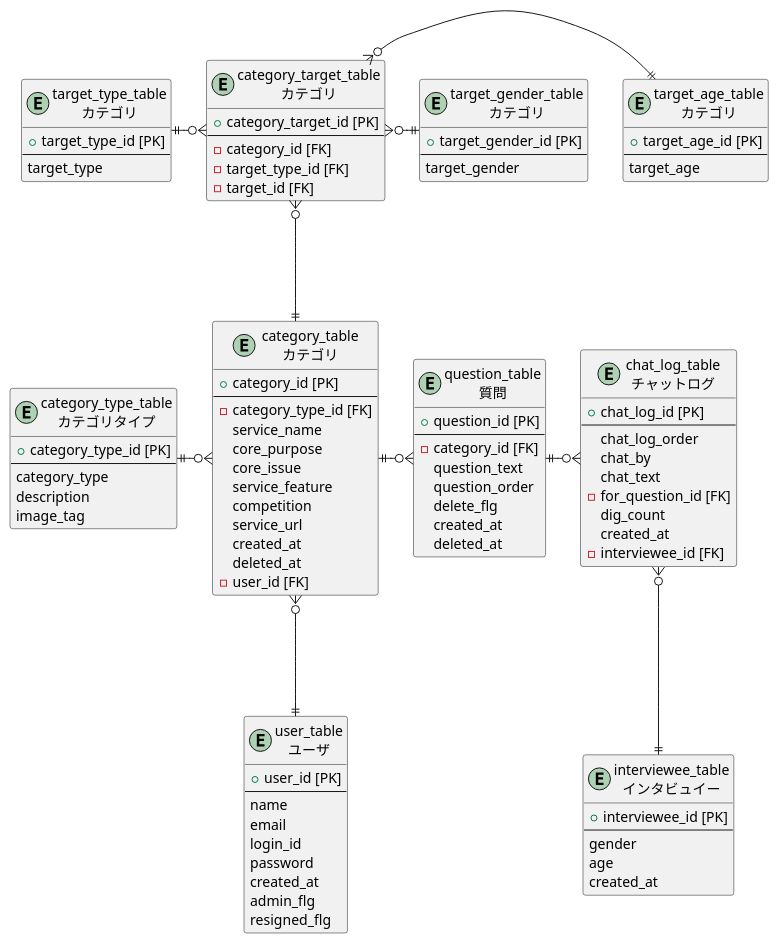
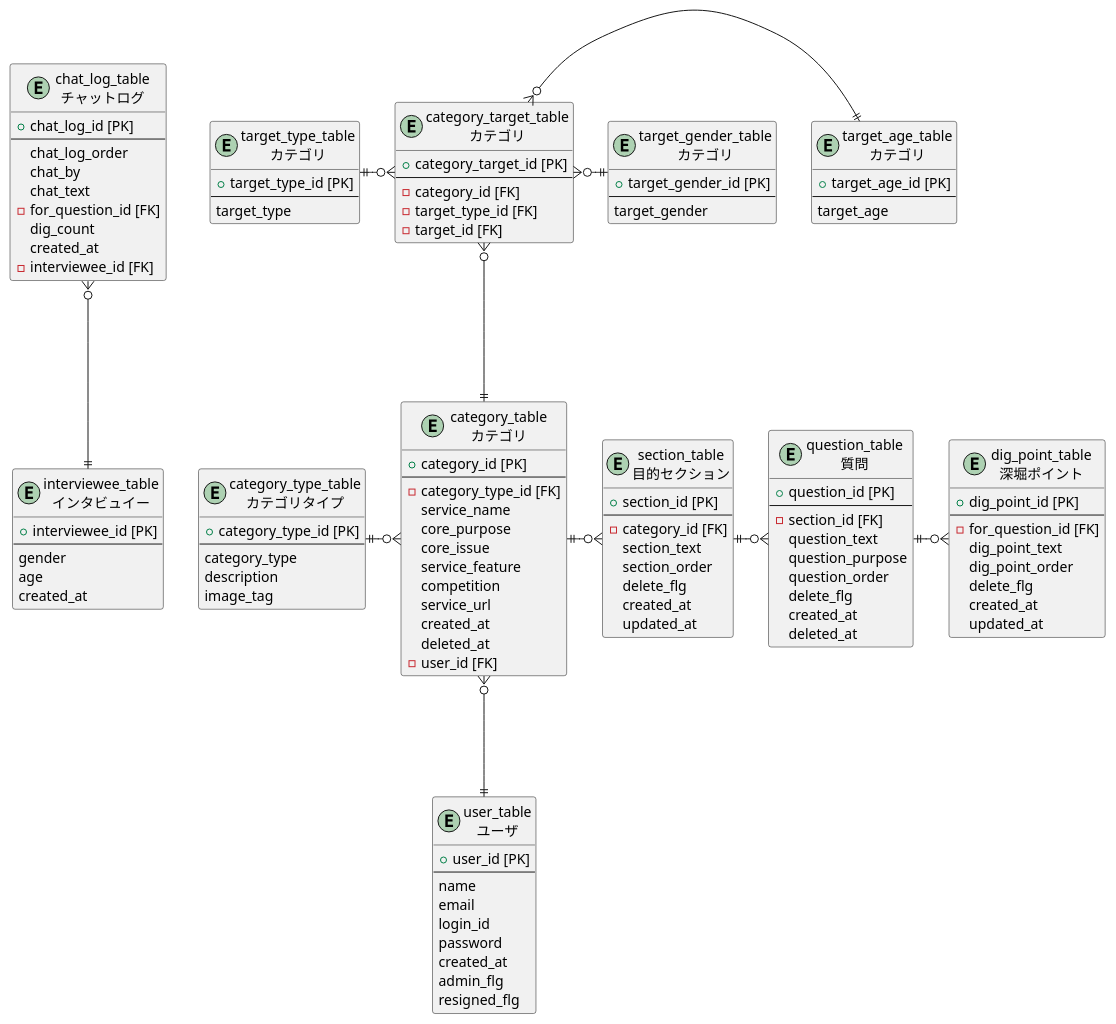
One commit to SuperMisoSoup/interviewtool_v1 changed the diagram in md/interviewtool_DB.pu. Above: the diagram before and after it, drawn with PlantUML. The commit also changed 4 other files, not shown here.

```diff
--- a/md/interviewtool_DB.pu
+++ b/md/interviewtool_DB.pu
@@ -1,115 +1,130 @@
 @startuml tables
 entity user_table as "user_table\nユーザ" {
   + user_id [PK]
   --
   name
   email
   login_id
   password
   created_at
   admin_flg
   resigned_flg
 }
 
 entity interviewee_table as "interviewee_table\nインタビュイー" {
   + interviewee_id [PK]
   --
   gender
   age
   created_at
 }
 
 entity category_table as "category_table\nカテゴリ" {
   + category_id [PK]
   --
   - category_type_id [FK]
   service_name
   core_purpose
   core_issue
   service_feature
   competition
   service_url
   created_at
   deleted_at
   - user_id [FK]
 }
 
 entity category_type_table as "category_type_table\nカテゴリタイプ" {
   + category_type_id [PK]
   --
   category_type
   description
   image_tag
 }
 
 entity target_type_table as "target_type_table\nカテゴリ" {
   + target_type_id [PK]
   --
   target_type
 }
 
 entity target_age_table as "target_age_table\nカテゴリ" {
   + target_age_id [PK]
   --
   target_age
 }
 
 entity target_gender_table as "target_gender_table\nカテゴリ" {
   + target_gender_id [PK]
   --
   target_gender
 }
 
 entity category_target_table as "category_target_table\nカテゴリ" {
   + category_target_id [PK]
   --
   - category_id [FK]
   - target_type_id [FK]
   - target_id [FK]
 }
 
+entity section_table as "section_table\n目的セクション" {
+  + section_id [PK]
+  --
+  - category_id [FK]
+  section_text
+  section_order
+  delete_flg
+  created_at
+  updated_at
+}
+
 entity question_table as "question_table\n質問" {
   + question_id [PK]
   --
-  - category_id [FK]
+  - section_id [FK]
   question_text
+  question_purpose
   question_order
   delete_flg
   created_at
   deleted_at
 }
 
-
-' entity scenario_table as "scenario_table\nシナリオ管理" {
-'   + scenario_id [PK]
-'   --
-'   ' - category_id [FK]
-'   distributed_url
-'   created_at
-'   updated_at
-' }
+entity dig_point_table as "dig_point_table\n深堀ポイント" {
+  + dig_point_id [PK]
+  --
+  - for_question_id [FK]
+  dig_point_text
+  dig_point_order
+  delete_flg
+  created_at
+  updated_at
+}
 
 entity chat_log_table as "chat_log_table\nチャットログ" {
   + chat_log_id [PK]
   --
   ' - scenario_id [FK]
   chat_log_order
   chat_by
   chat_text
   - for_question_id [FK]
   dig_count
   created_at
   - interviewee_id [FK]
 }
 
 user_table ||-u--o{ category_table
 category_type_table ||-r--o{ category_table
 target_type_table ||-r--o{ category_target_table
 category_table ||-u--o{ category_target_table
 target_age_table ||-l--o{ category_target_table
 target_gender_table ||-l--o{ category_target_table
-category_table ||-r--o{ question_table
+category_table ||-r--o{ section_table
+section_table ||-r--o{ question_table
+question_table ||-r--o{ dig_point_table
+' question_table ||-r--o{ chat_log_table
 interviewee_table ||-u--o{ chat_log_table
-question_table ||-r--o{ chat_log_table
 
 @enduml
```
